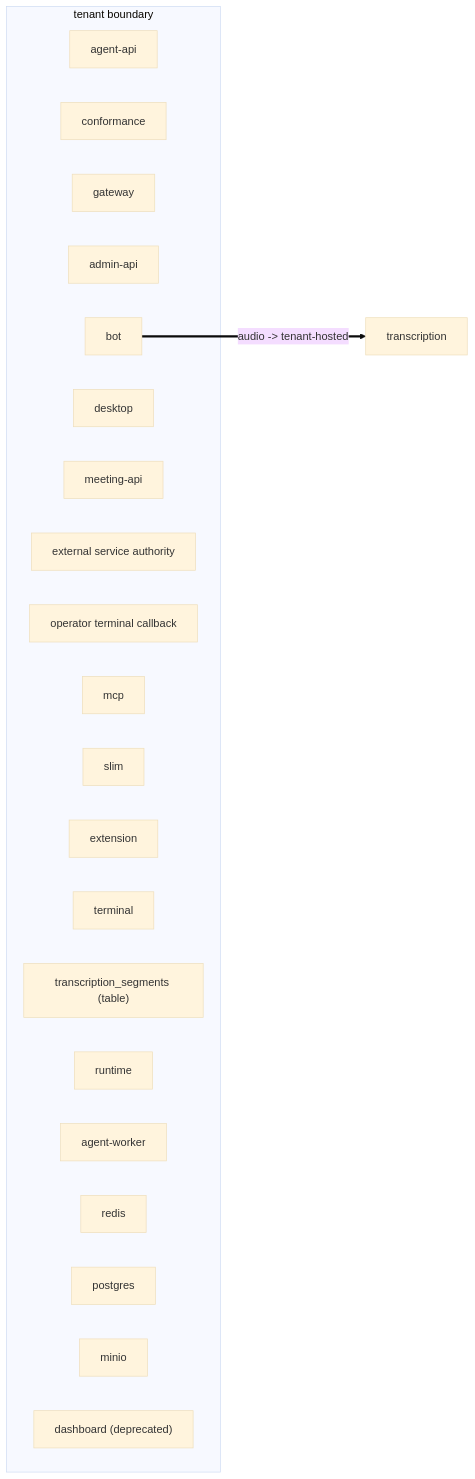
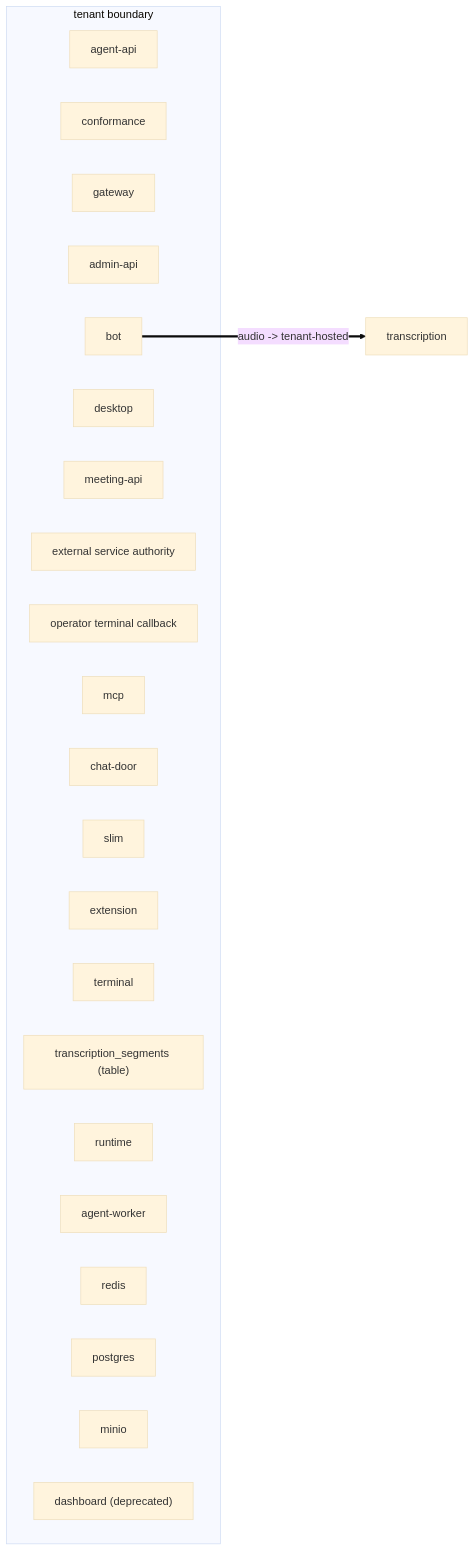
One commit to Vexa-ai/vexa changed the diagram in docs/views/egress.mmd. Above: the diagram before and after it, drawn with Mermaid (base theme). The commit also changed 4 other files, not shown here.

First line of the commit message:
chore(arch): register chat-door in the architecture chart

```diff
--- a/docs/views/egress.mmd
+++ b/docs/views/egress.mmd
@@ -1,26 +1,27 @@
 %% GENERATED — pnpm arch:dsl --write
 flowchart LR
   subgraph tenant["tenant boundary"]
     agent_api["agent-api"]
     conformance["conformance"]
     gateway["gateway"]
     admin_api["admin-api"]
     bot["bot"]
     desktop["desktop"]
     meeting_api["meeting-api"]
     service_authority["external service authority"]
     system_webhook["operator terminal callback"]
     mcp["mcp"]
+    chat_door["chat-door"]
     slim["slim"]
     extension["extension"]
     terminal["terminal"]
     segments_table["transcription_segments (table)"]
     runtime["runtime"]
     agent_worker["agent-worker"]
     redis["redis"]
     postgres["postgres"]
     minio["minio"]
     dashboard["dashboard (deprecated)"]
   end
   transcription["transcription"]
   bot ==>|"audio -> tenant-hosted"| transcription
```
